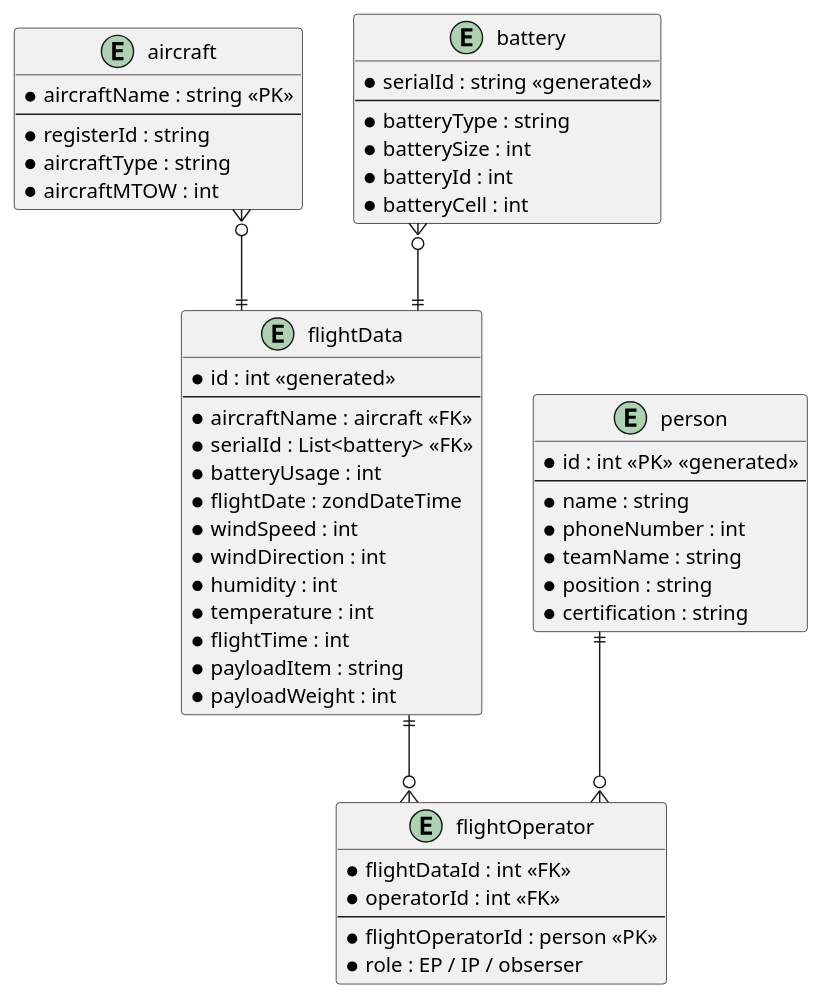
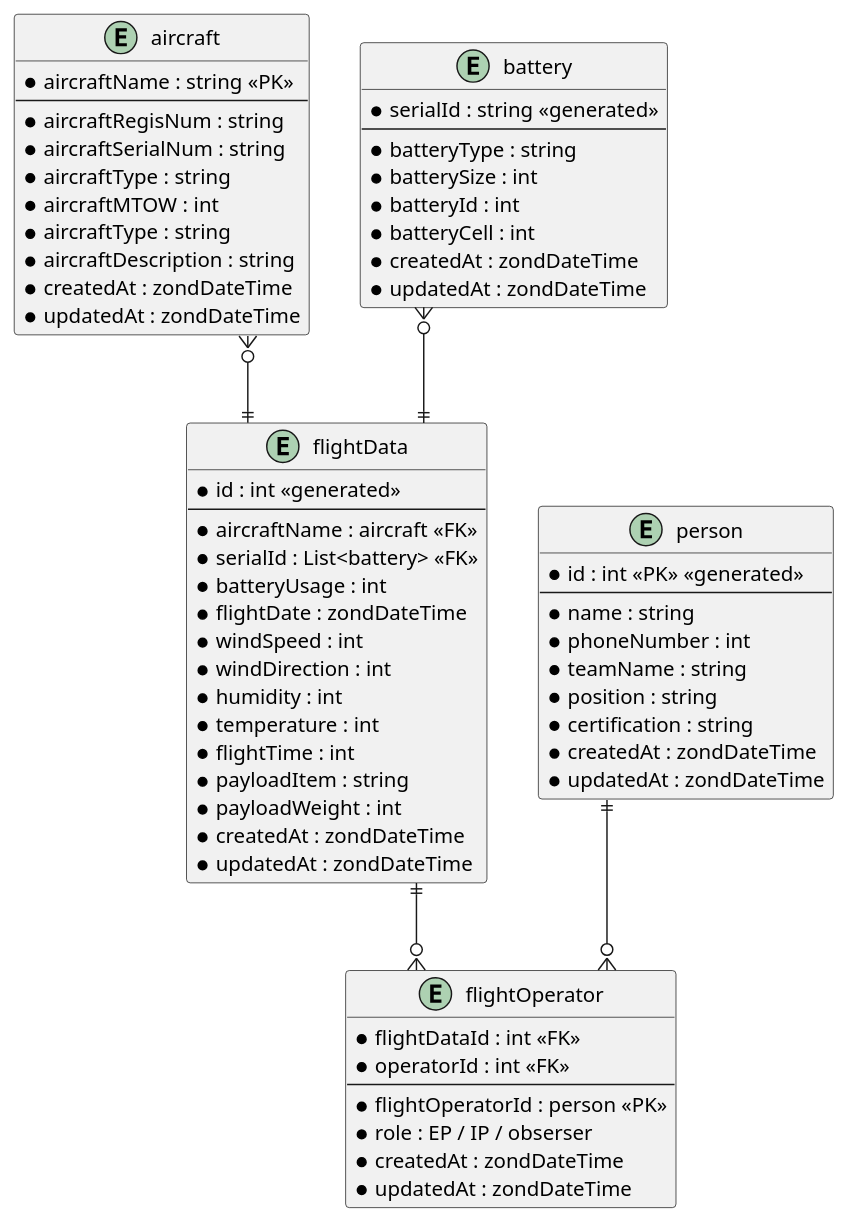
The diagram in Docs/flightManagementApp.puml (KimJinHyeok1/FlightManagementApp), drawn with PlantUML before and after one commit. The commit also changed 7 other files, not shown here.

```diff
--- a/Docs/flightManagementApp.puml
+++ b/Docs/flightManagementApp.puml
@@ -1,69 +1,82 @@
 @startuml
 
 ' hide the spot
 ' hide circle
 
 ' avoid problems with angled crows feet
 skinparam linetype ortho
 
 entity "aircraft" as aircraft {
   *aircraftName : string <<PK>>
   --
-  *registerId : string
+  *aircraftRegisNum : string
+  *aircraftSerialNum : string
   *aircraftType : string
   *aircraftMTOW : int
+  *aircraftType : string
+  *aircraftDescription : string
+  *createdAt : zondDateTime
+  *updatedAt : zondDateTime
 }
 
 entity "battery" as battery {
   *serialId : string <<generated>>
   --
   *batteryType : string
   *batterySize : int
   *batteryId : int
   *batteryCell : int
+  *createdAt : zondDateTime
+  *updatedAt : zondDateTime
 }
 
 entity "person" as operator {
   *id : int <<PK>> <<generated>>
   --
   *name : string 
   *phoneNumber : int
   *teamName : string
   *position : string
   *certification : string
+  *createdAt : zondDateTime
+  *updatedAt : zondDateTime
 }
 
 entity "flightOperator" as flightOperator {
   *flightDataId : int <<FK>>
   *operatorId : int <<FK>>
   --
   *flightOperatorId : person <<PK>> 
   *role : EP / IP / obserser
+  *createdAt : zondDateTime
+  *updatedAt : zondDateTime
 }
 
 entity "flightData" as flightPlan {
   *id : int <<generated>>
   --
   *aircraftName : aircraft <<FK>>
   *serialId : List<battery> <<FK>>
   *batteryUsage : int
   *flightDate : zondDateTime
   *windSpeed : int
   *windDirection : int
   *humidity : int
   *temperature : int
   *flightTime : int
   *payloadItem : string
   *payloadWeight : int
+  *createdAt : zondDateTime
+  *updatedAt : zondDateTime
 }
 
 
 
 flightPlan ||--o{ flightOperator
 operator ||--o{ flightOperator
 
 battery }o--|| flightPlan
 aircraft }o--|| flightPlan
 
 
 @enduml
```
